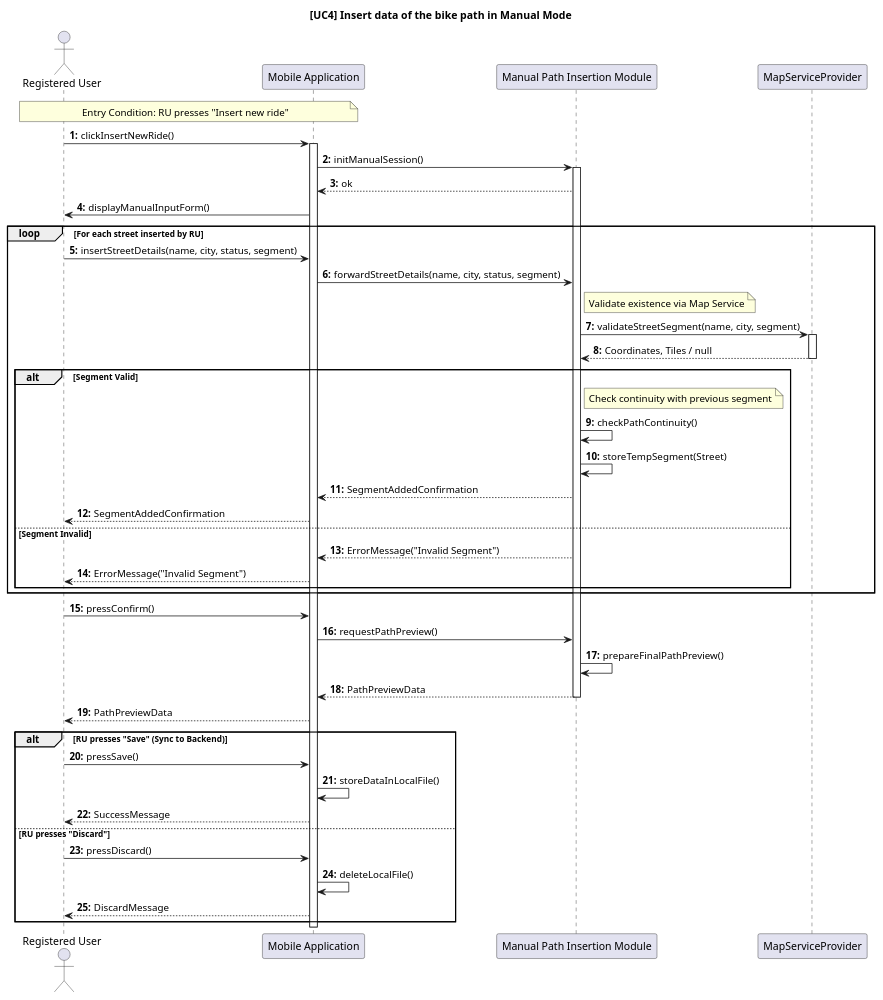
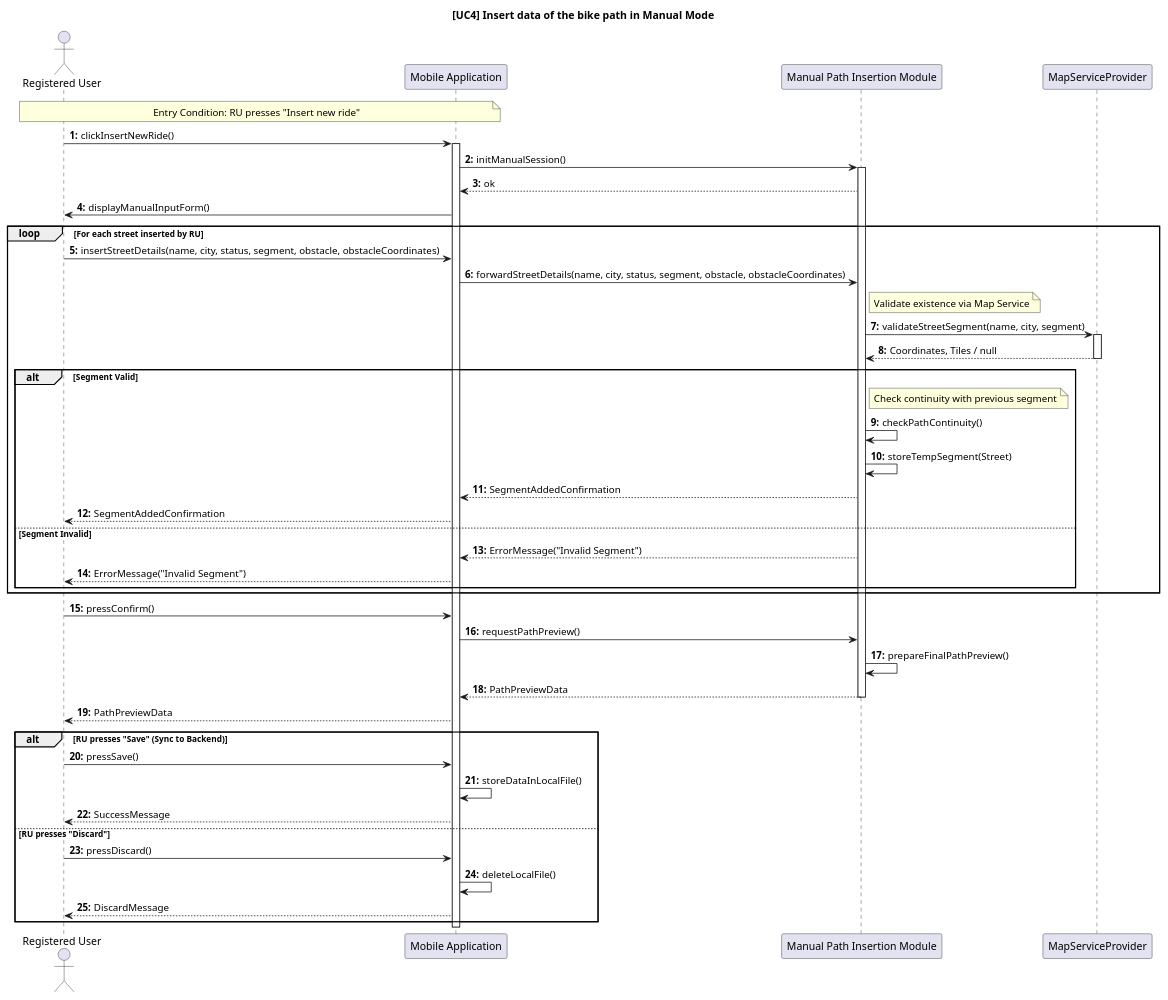
Before and after one commit to ilevinci/RubinoUvinsiVinciguerra: the diagram in DD/sequencediagrams/usecase4.puml, drawn with PlantUML. The commit also changed 6 other files, not shown here.

Commit message:
Inserted path merging component. Corrected minor issues in sequence diagrams

```diff
--- a/DD/sequencediagrams/usecase4.puml
+++ b/DD/sequencediagrams/usecase4.puml
@@ -1,63 +1,63 @@
 @startuml UC4_InsertManualMode_Design
 autonumber "<b>0:"
 title [UC4] Insert data of the bike path in Manual Mode
 
 actor "Registered User" as RU
 participant "Mobile Application" as Client
 participant "Manual Path Insertion Module" as MPIM
 
 participant "MapServiceProvider" as Map
 
 note over RU, Client: Entry Condition: RU presses "Insert new ride"
 
 RU -> Client: clickInsertNewRide()
 activate Client
 Client -> MPIM: initManualSession()
 activate MPIM
 MPIM --> Client: ok
 Client-> RU: displayManualInputForm()
 
 loop For each street inserted by RU
-    RU -> Client: insertStreetDetails(name, city, status, segment)
-    Client -> MPIM: forwardStreetDetails(name, city, status, segment)
+    RU -> Client: insertStreetDetails(name, city, status, segment, obstacle, obstacleCoordinates)
+    Client -> MPIM: forwardStreetDetails(name, city, status, segment, obstacle, obstacleCoordinates)
 
     note right of MPIM: Validate existence via Map Service
     MPIM -> Map: validateStreetSegment(name, city, segment)
     activate Map
     Map --> MPIM: Coordinates, Tiles / null
     deactivate Map
     
     alt Segment Valid
         note right of MPIM: Check continuity with previous segment
         MPIM -> MPIM: checkPathContinuity()
         
         MPIM -> MPIM: storeTempSegment(Street)
         MPIM --> Client: SegmentAddedConfirmation
         Client --> RU: SegmentAddedConfirmation
     else Segment Invalid
         MPIM --> Client: ErrorMessage("Invalid Segment")
         Client --> RU: ErrorMessage("Invalid Segment")
     end
 end
 
 RU -> Client: pressConfirm()
 Client -> MPIM: requestPathPreview()
 MPIM -> MPIM: prepareFinalPathPreview()
 MPIM --> Client: PathPreviewData
 deactivate MPIM
 Client --> RU: PathPreviewData
 
 alt RU presses "Save" (Sync to Backend)
     RU -> Client: pressSave()
     
     Client -> Client: storeDataInLocalFile()
     Client --> RU: SuccessMessage
 
 else RU presses "Discard"
     RU -> Client: pressDiscard()
     Client -> Client: deleteLocalFile()
     Client --> RU: DiscardMessage
 end
 
 deactivate Client
 @enduml
```
